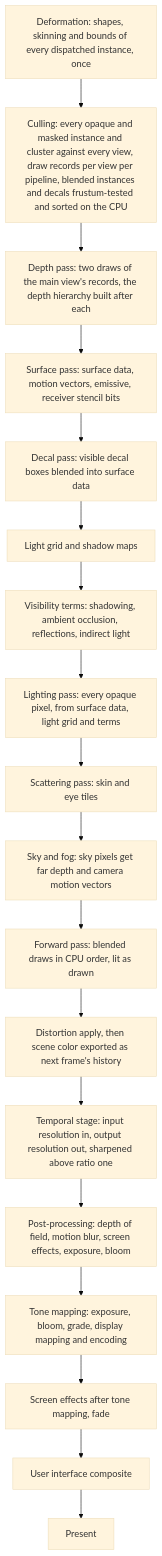
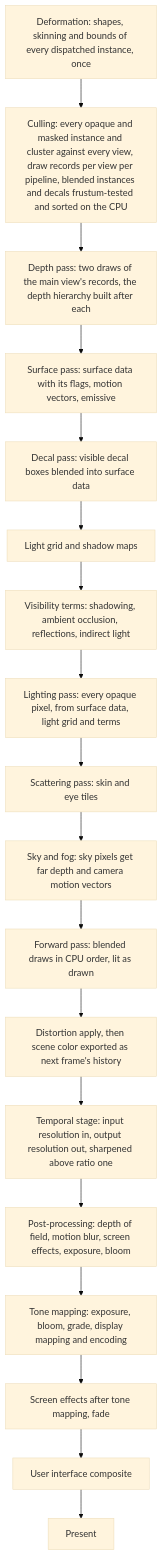
One commit to plainsight-systems/bullet-witch changed the second of 3 diagrams in docs/architecture/scene-renderer.md. Above: the diagram before and after it, drawn with Mermaid (base theme). The commit also changed other lines of this file and 12 other files, not shown here.

````diff
--- a/docs/architecture/scene-renderer.md
+++ b/docs/architecture/scene-renderer.md
@@ -93,20 +97,20 @@
 ```mermaid
 flowchart TD
     DF["Deformation: shapes, skinning and bounds of every dispatched instance, once"] --> CU["Culling: every opaque and masked instance and cluster against every view, draw records per view per pipeline, blended instances and decals frustum-tested and sorted on the CPU"]
     CU --> DP["Depth pass: two draws of the main view's records, the depth hierarchy built after each"]
-    DP --> SP["Surface pass: surface data, motion vectors, emissive, receiver stencil bits"]
+    DP --> SP["Surface pass: surface data with its flags, motion vectors, emissive"]
     SP --> DC["Decal pass: visible decal boxes blended into surface data"]
     DC --> LG["Light grid and shadow maps"]
     LG --> VT["Visibility terms: shadowing, ambient occlusion, reflections, indirect light"]
     VT --> LP["Lighting pass: every opaque pixel, from surface data, light grid and terms"]
     LP --> SS["Scattering pass: skin and eye tiles"]
     SS --> SF["Sky and fog: sky pixels get far depth and camera motion vectors"]
     SF --> FP["Forward pass: blended draws in CPU order, lit as drawn"]
     FP --> DA["Distortion apply, then scene color exported as next frame's history"]
     DA --> TS["Temporal stage: input resolution in, output resolution out, sharpened above ratio one"]
     TS --> PP["Post-processing: depth of field, motion blur, screen effects, exposure, bloom"]
     PP --> TM["Tone mapping: exposure, bloom, grade, display mapping and encoding"]
     TM --> E2["Screen effects after tone mapping, fade"]
     E2 --> UI["User interface composite"]
     UI --> PR["Present"]
 ```
````
